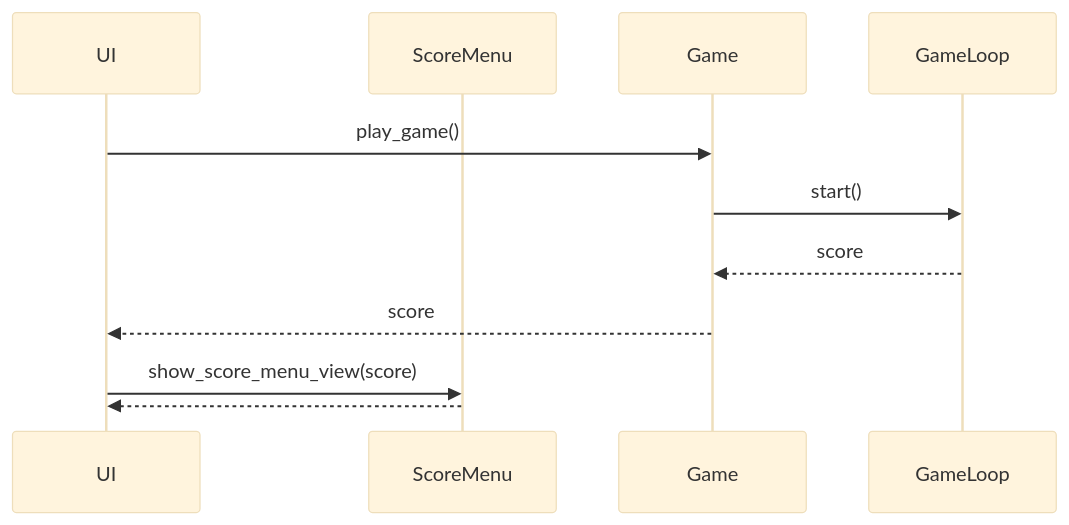
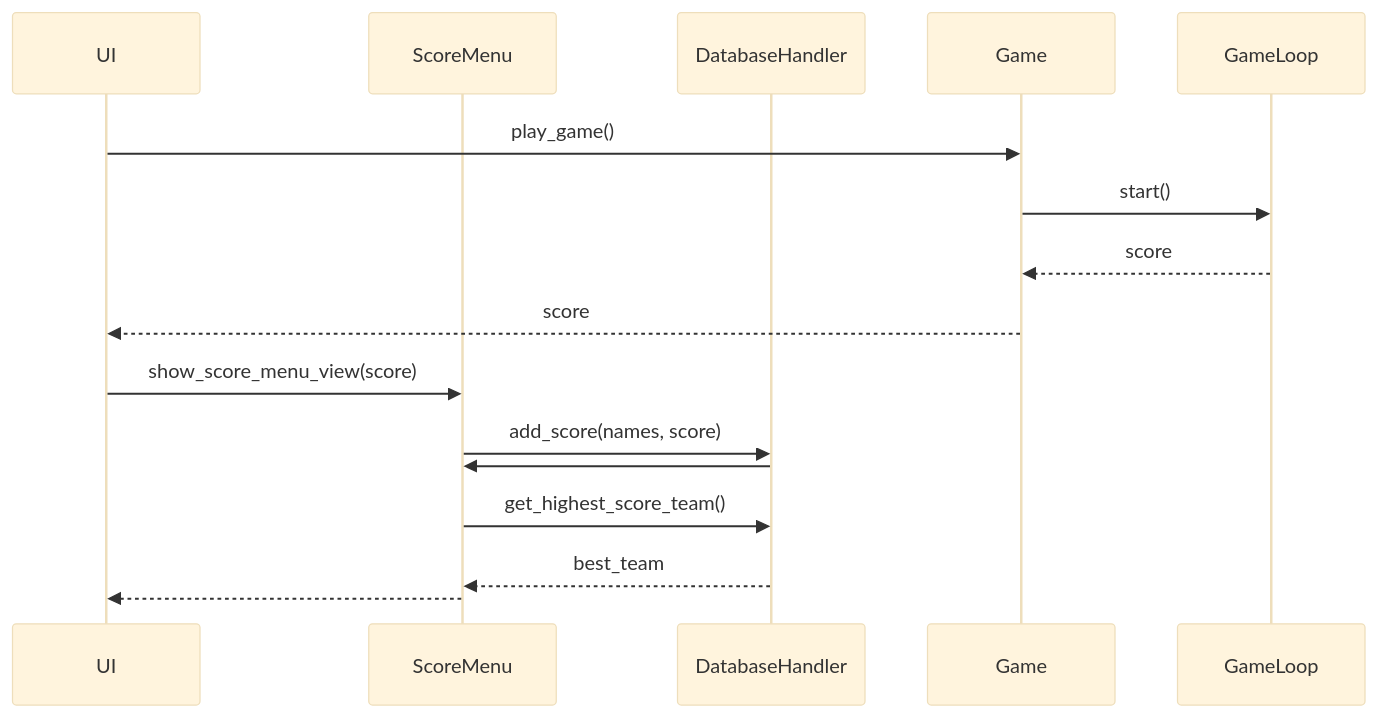
One commit to Yytsi/ot-harjoitustyo changed the diagram in dokumentaatio/arkkitehtuuri.md. Above: the diagram before and after it, drawn with Mermaid (base theme).

````diff
--- a/dokumentaatio/arkkitehtuuri.md
+++ b/dokumentaatio/arkkitehtuuri.md
@@ -3,13 +3,18 @@
 ```mermaid
 sequenceDiagram
   participant UI
   participant ScoreMenu
+  participant DatabaseHandler
   participant Game
   participant GameLoop
   UI->>Game: play_game()
   Game->>GameLoop: start()
   GameLoop-->>Game: score
   Game-->>UI: score
   UI->>ScoreMenu: show_score_menu_view(score)
+  ScoreMenu->>DatabaseHandler: add_score(names, score)
+  DatabaseHandler->>ScoreMenu: 
+  ScoreMenu->>DatabaseHandler: get_highest_score_team()
+  DatabaseHandler-->>ScoreMenu: best_team
   ScoreMenu-->>UI: 
 ```
````
